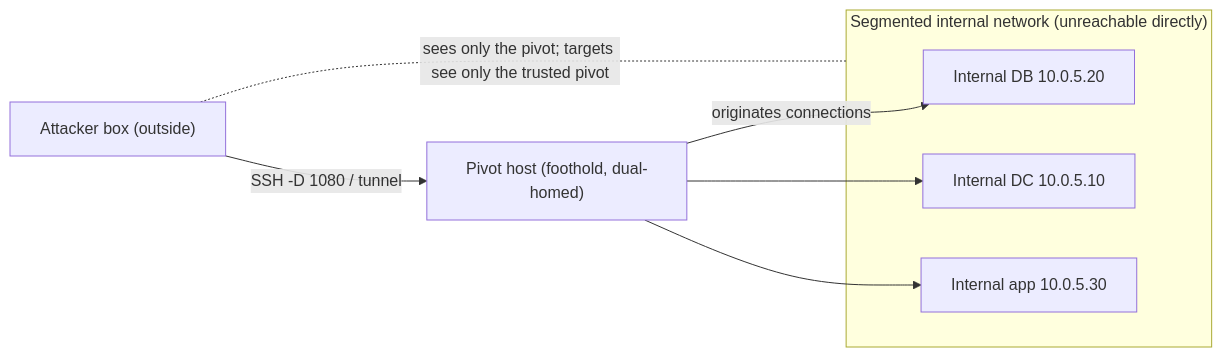
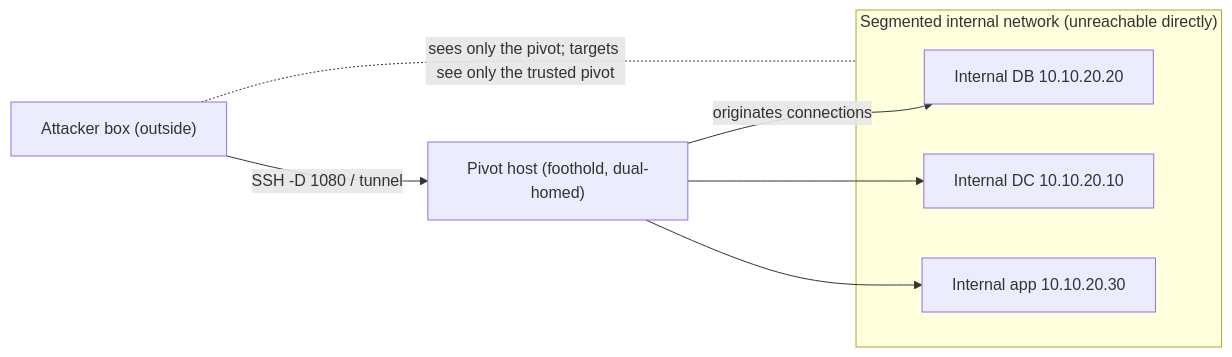
One commit to nnr-root/cybersec-crook2root-notes changed the diagram in Offensive Security/Penetration Testing/Post-Exploitation & Persistence/Pivoting & Tunneling.md. Above: the diagram before and after it, drawn with Mermaid. The commit also changed 15 other files, not shown here.

````diff
--- a/Offensive Security/Penetration Testing/Post-Exploitation & Persistence/Pivoting & Tunneling.md
+++ b/Offensive Security/Penetration Testing/Post-Exploitation & Persistence/Pivoting & Tunneling.md
@@ -62,13 +62,13 @@
 ```mermaid
 flowchart LR
     A["Attacker box (outside)"] -->|"SSH -D 1080 / tunnel"| P["Pivot host (foothold, dual-homed)"]
-    P -->|"originates connections"| I1["Internal DB 10.0.5.20"]
-    P --> I2["Internal DC 10.0.5.10"]
-    P --> I3["Internal app 10.0.5.30"]
+    P -->|"originates connections"| I1["Internal DB 10.10.20.20"]
+    P --> I2["Internal DC 10.10.20.10"]
+    P --> I3["Internal app 10.10.20.30"]
     subgraph seg["Segmented internal network (unreachable directly)"]
         I1
         I2
         I3
     end
     A -. "sees only the pivot; targets see only the trusted pivot" .- seg
 ```
````
